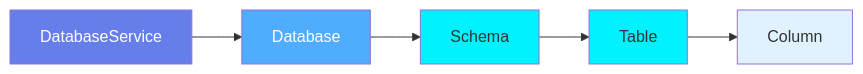
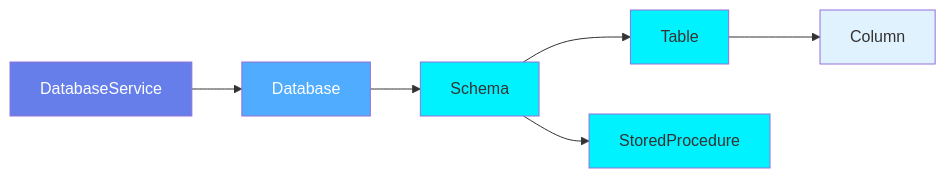
The first of 2 diagrams in docs/data-assets/databases/database-schema.md (open-metadata/OpenMetadataStandards), drawn with Mermaid before and after one commit. The commit also changed 16 other files, not shown here.

````diff
--- a/docs/data-assets/databases/database-schema.md
+++ b/docs/data-assets/databases/database-schema.md
@@ -13,13 +13,15 @@
 ```mermaid
 graph LR
     A[DatabaseService] --> B[Database]
     B --> C[Schema]
-    C --> D[Table]
-    D --> E[Column]
+    C --> D1[Table]
+    C --> D2[StoredProcedure]
+    D1 --> E[Column]
 
     style A fill:#667eea,color:#fff
     style B fill:#4facfe,color:#fff
     style C fill:#00f2fe,color:#333
-    style D fill:#00f2fe,color:#333
+    style D1 fill:#00f2fe,color:#333
+    style D2 fill:#00f2fe,color:#333
     style E fill:#e0f2fe,color:#333
 ```
````
